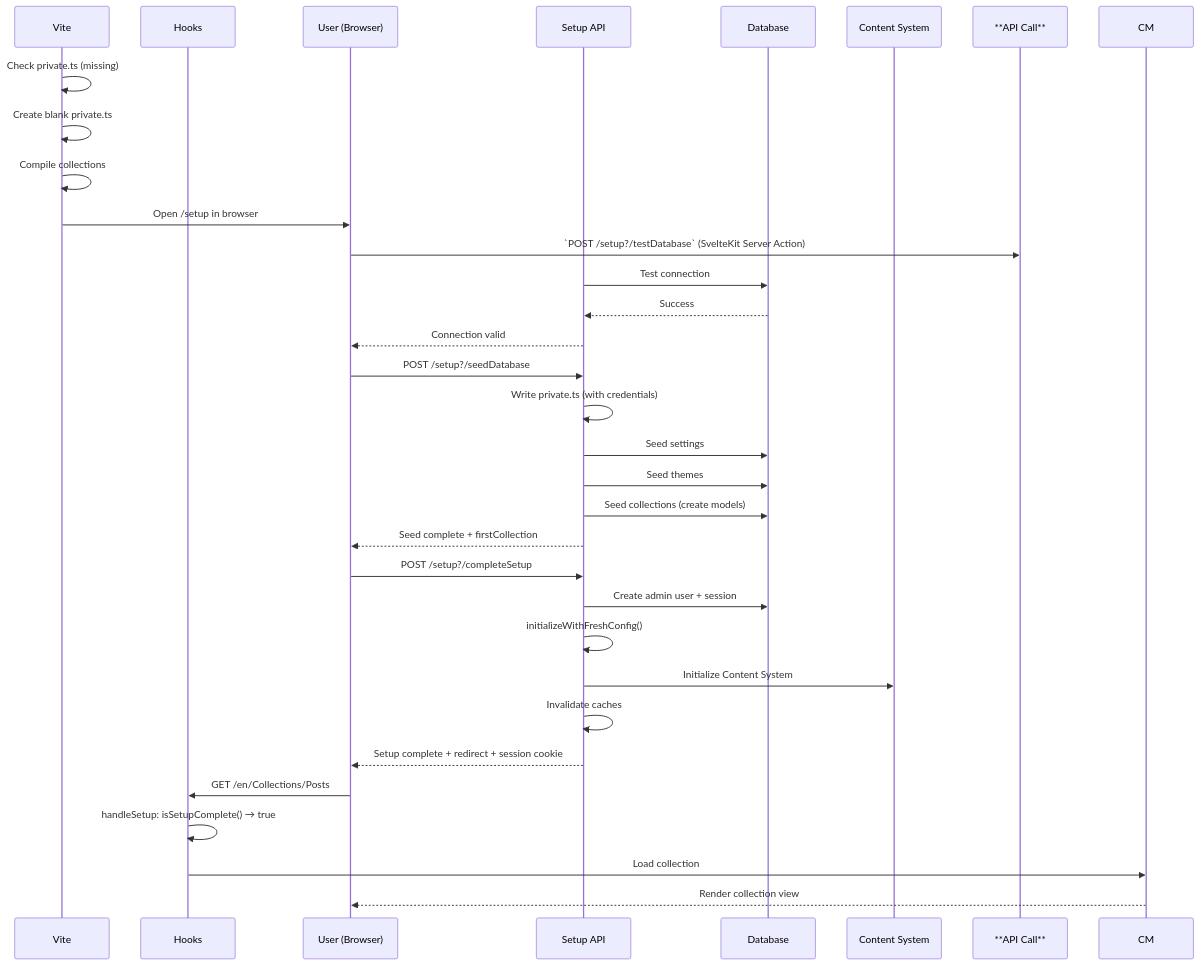
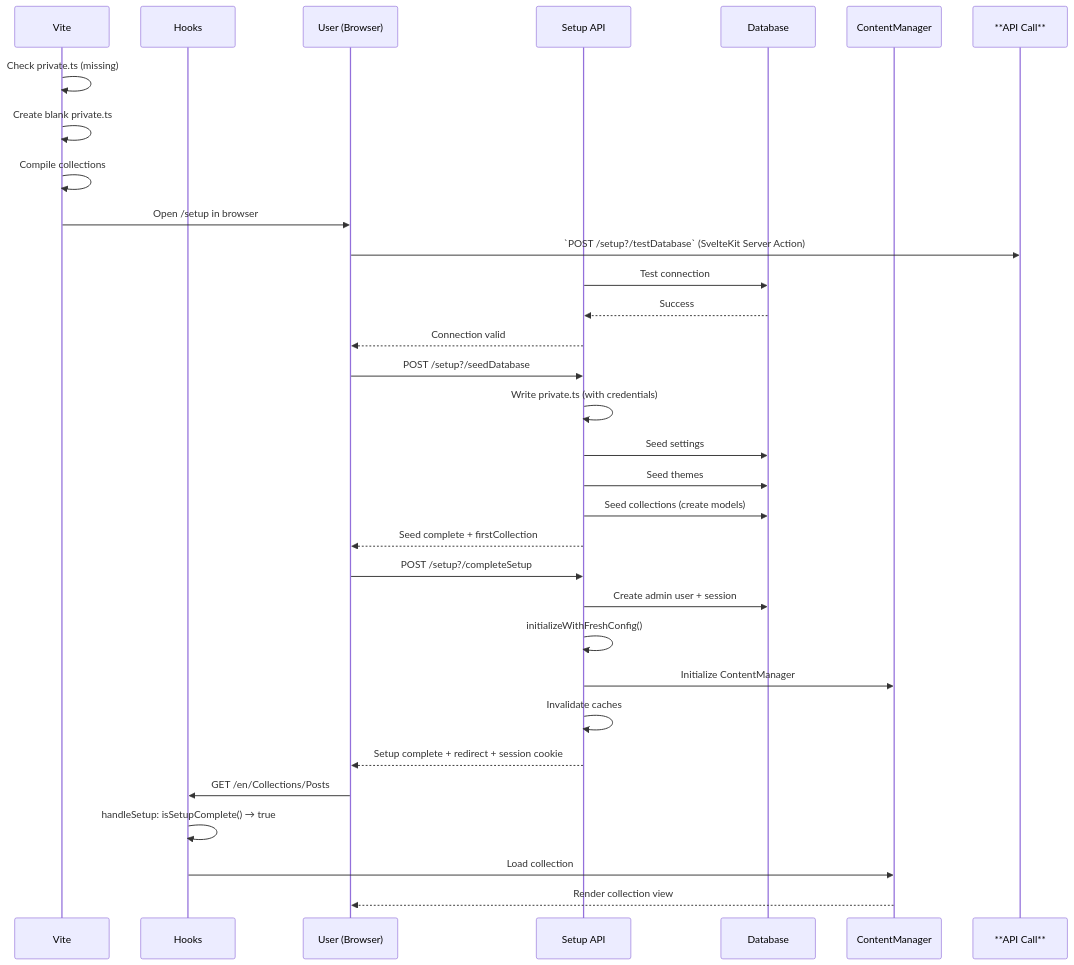
Before and after one commit to SveltyCMS/SveltyCMS: the eighth of 9 diagrams in docs/architecture/initialization-workflow.mdx, drawn with Mermaid. The commit also changed other lines of this file and 1049 other files, not shown here.

````diff
--- a/docs/architecture/initialization-workflow.mdx
+++ b/docs/architecture/initialization-workflow.mdx
@@ -1367,38 +1368,38 @@
 ```mermaid
 sequenceDiagram
     participant V as Vite
     participant H as Hooks
     participant U as User (Browser)
     participant API as Setup API
     participant DB as Database
-    participant CS as Content System
+    participant CM as ContentManager
 
     V->>V: Check private.ts (missing)
     V->>V: Create blank private.ts
     V->>V: Compile collections
     V->>U: Open /setup in browser
 
     U->>**API Call**: `POST /setup?/testDatabase` (SvelteKit Server Action)
     API->>DB: Test connection
     DB-->>API: Success
     API-->>U: Connection valid
 
     U->>API: POST /setup?/seedDatabase
     API->>API: Write private.ts (with credentials)
     API->>DB: Seed settings
     API->>DB: Seed themes
     API->>DB: Seed collections (create models)
     API-->>U: Seed complete + firstCollection
 
     U->>API: POST /setup?/completeSetup
     API->>DB: Create admin user + session
     API->>API: initializeWithFreshConfig()
-    API->>CS: Initialize Content System
+    API->>CM: Initialize ContentManager
     API->>API: Invalidate caches
     API-->>U: Setup complete + redirect + session cookie
 
     U->>H: GET /en/Collections/Posts
     H->>H: handleSetup: isSetupComplete() → true
     H->>CM: Load collection
     CM-->>U: Render collection view
 ```
````
